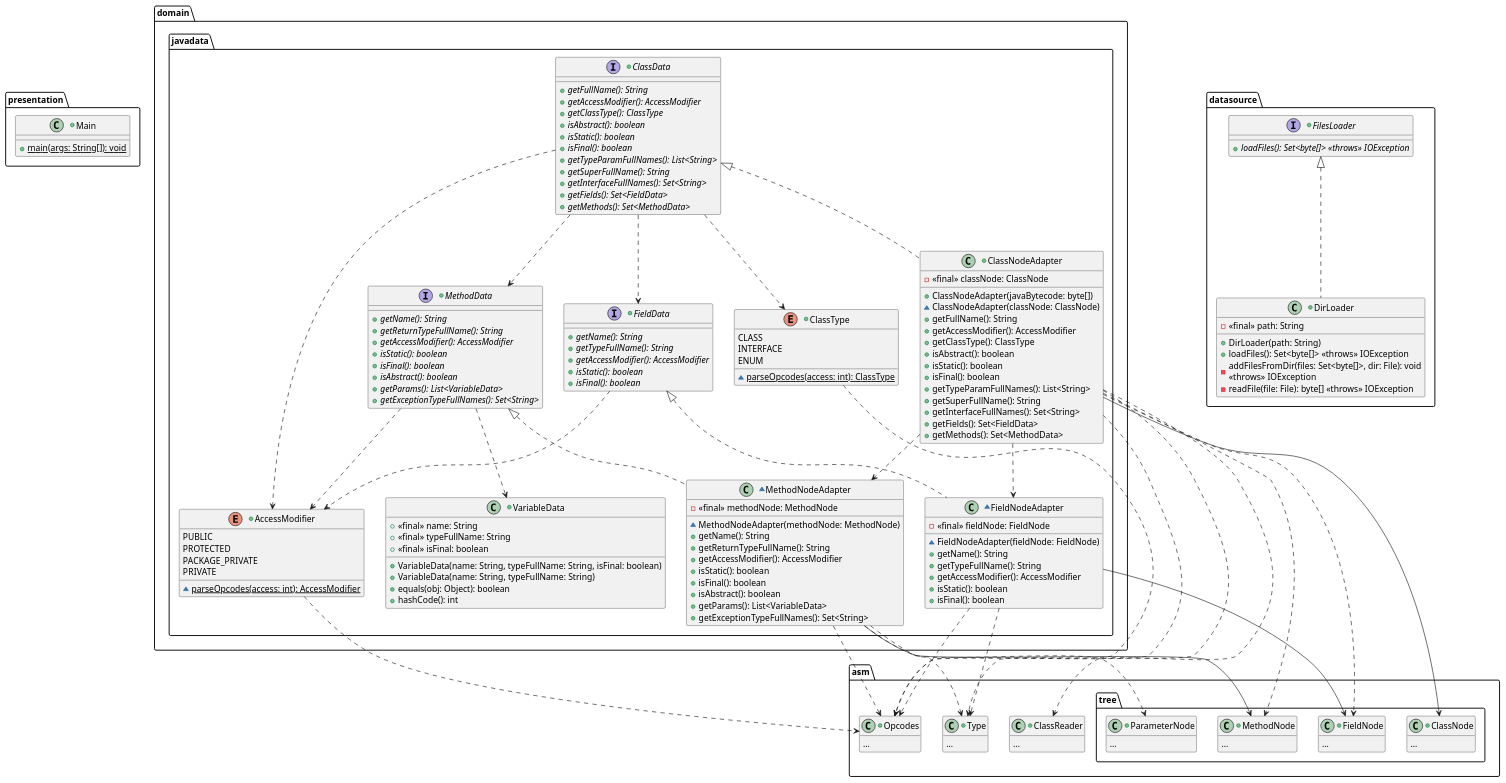
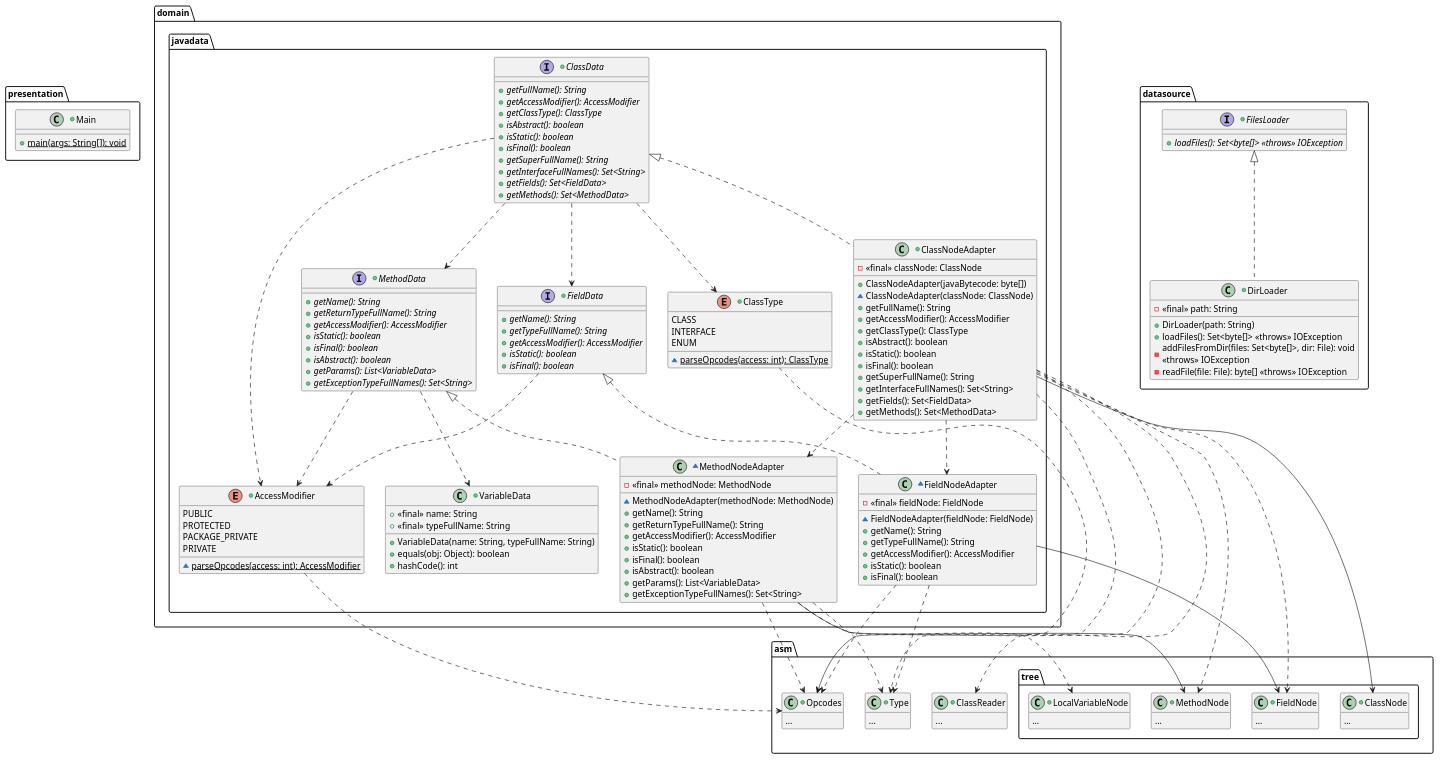
One commit to mkacct/csse375-project-2.1 changed the diagram in design.puml. Above: the diagram before and after it, drawn with PlantUML. The commit also changed 5 other files, not shown here.

```diff
--- a/design.puml
+++ b/design.puml
@@ -36,9 +36,7 @@
 		+class VariableData {
 			+ <<final>> name: String
 			+ <<final>> typeFullName: String
-			+ <<final>> isFinal: boolean
 
-			+ VariableData(name: String, typeFullName: String, isFinal: boolean)
 			+ VariableData(name: String, typeFullName: String)
 			+ equals(obj: Object): boolean
 			+ hashCode(): int
@@ -51,7 +49,7 @@
 			+ {abstract} isAbstract(): boolean
 			+ {abstract} isStatic(): boolean
 			+ {abstract} isFinal(): boolean
-			+ {abstract} getTypeParamFullNames(): List<String>
+			' + {abstract} getTypeParamFullNames(): List<String>
 			+ {abstract} getSuperFullName(): String
 			+ {abstract} getInterfaceFullNames(): Set<String>
 			+ {abstract} getFields(): Set<FieldData>
@@ -98,7 +96,7 @@
 			+ isAbstract(): boolean
 			+ isStatic(): boolean
 			+ isFinal(): boolean
-			+ getTypeParamFullNames(): List<String>
+			' + getTypeParamFullNames(): List<String>
 			+ getSuperFullName(): String
 			+ getInterfaceFullNames(): Set<String>
 			+ getFields(): Set<FieldData>
@@ -149,7 +147,7 @@
 		MethodNodeAdapter --> .asm.tree.MethodNode
 		MethodNodeAdapter ..> .asm.Opcodes
 		MethodNodeAdapter ..> .asm.Type
-		MethodNodeAdapter ..> .asm.tree.ParameterNode
+		MethodNodeAdapter ..> .asm.tree.LocalVariableNode
 
 	}
 
@@ -204,7 +202,7 @@
 			...
 		}
 
-		+class ParameterNode {
+		+class LocalVariableNode {
 			...
 		}
 
```
